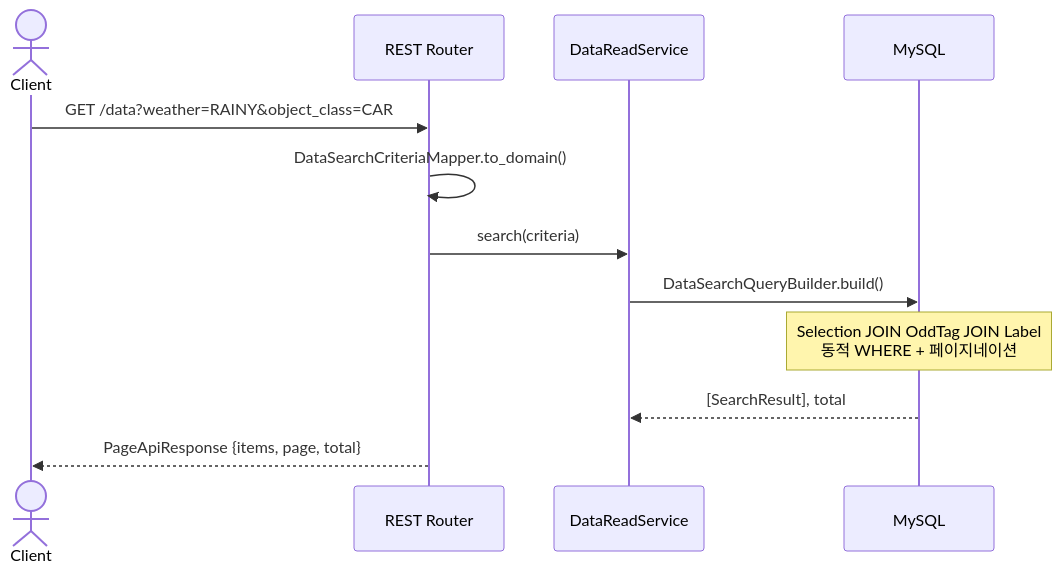
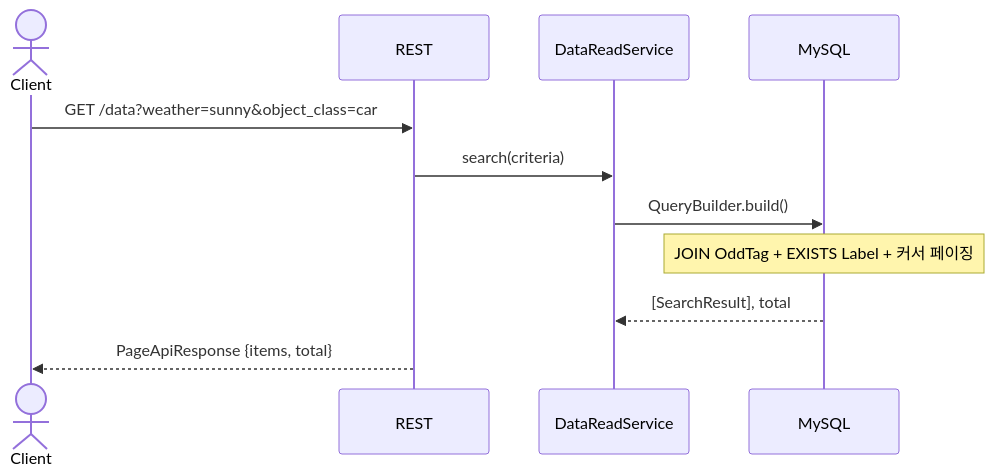
One commit to ryu-qqq/pipeline-server changed the seventh of 8 diagrams in docs/architecture.md. Above: the diagram before and after it, drawn with Mermaid. The commit also changed other lines of this file and 10 other files, not shown here.

````diff
--- a/docs/architecture.md
+++ b/docs/architecture.md
@@ -381,15 +406,14 @@
 ```mermaid
 sequenceDiagram
     actor Client
-    participant R as REST Router
-    participant DRS as DataReadService
+    participant REST
+    participant DataReadService
     participant MySQL
 
-    Client->>R: GET /data?weather=RAINY&object_class=CAR
-    R->>R: DataSearchCriteriaMapper.to_domain()
-    R->>DRS: search(criteria)
-    DRS->>MySQL: DataSearchQueryBuilder.build()
-    Note over MySQL: Selection JOIN OddTag JOIN Label<br/>동적 WHERE + 페이지네이션
-    MySQL-->>DRS: [SearchResult], total
-    R-->>Client: PageApiResponse {items, page, total}
+    Client->>REST: GET /data?weather=sunny&object_class=car
+    REST->>DataReadService: search(criteria)
+    DataReadService->>MySQL: QueryBuilder.build()
+    Note over MySQL: JOIN OddTag + EXISTS Label + 커서 페이징
+    MySQL-->>DataReadService: [SearchResult], total
+    REST-->>Client: PageApiResponse {items, total}
 ```
````
